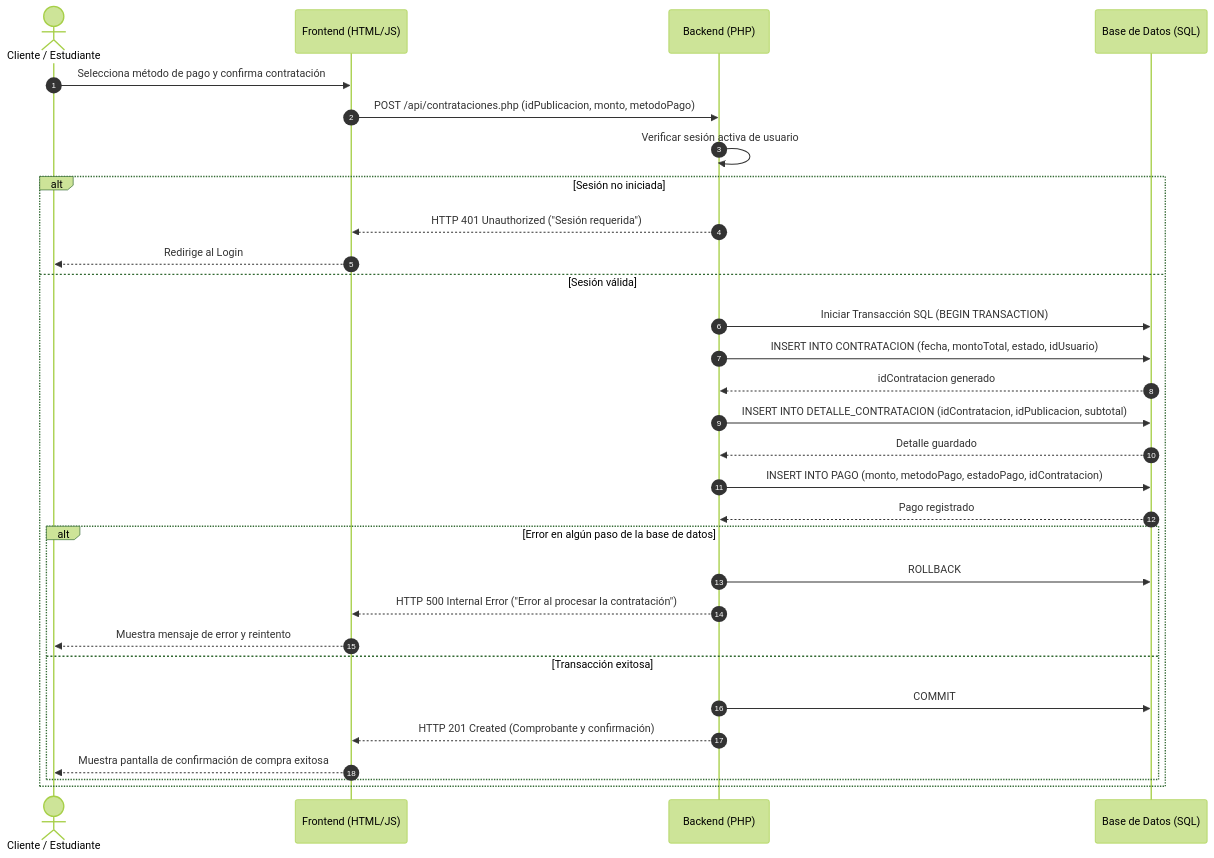
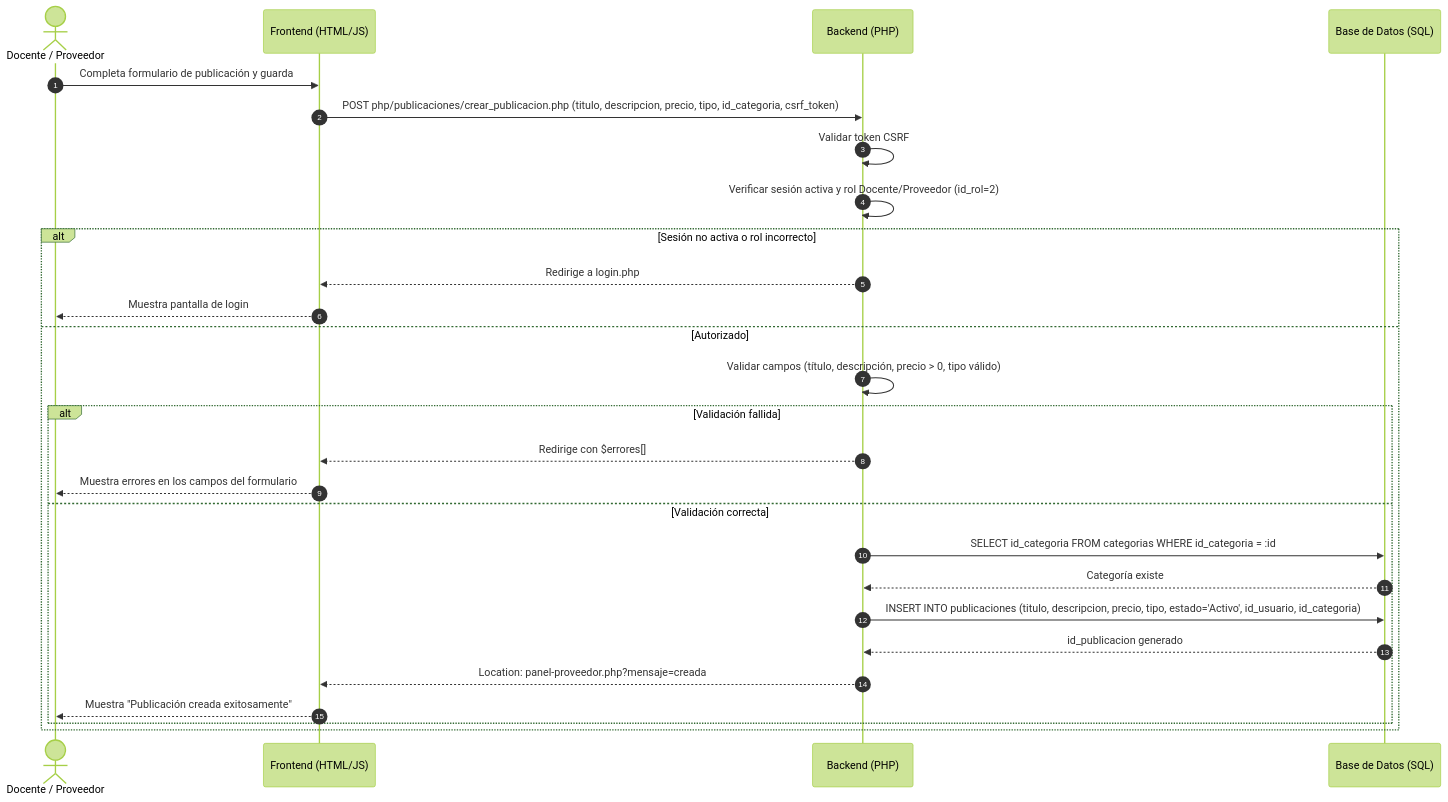
The fourth of 7 diagrams in docs/diagramas_de_secuencia_classia.md (Matiuz06/Proyecto_TIS_Classia), drawn with Mermaid (forest theme) before and after one commit. The commit also changed other lines of this file and 8 other files, not shown here.

````diff
--- a/docs/diagramas_de_secuencia_classia.md
+++ b/docs/diagramas_de_secuencia_classia.md
@@ -113,38 +139,34 @@
 ```mermaid
 sequenceDiagram
     autonumber
-    actor cliente as Cliente / Estudiante
+    actor docente as Docente / Proveedor
     participant frontend as Frontend (HTML/JS)
     participant backend as Backend (PHP)
     participant db as Base de Datos (SQL)
 
-    cliente ->> frontend: Selecciona método de pago y confirma contratación
-    frontend ->> backend: POST /api/contrataciones.php (idPublicacion, monto, metodoPago)
+    docente ->> frontend: Completa formulario de publicación y guarda
+    frontend ->> backend: POST php/publicaciones/crear_publicacion.php (titulo, descripcion, precio, tipo, id_categoria, csrf_token)
     
-    backend ->> backend: Verificar sesión activa de usuario
+    backend ->> backend: Validar token CSRF
+    backend ->> backend: Verificar sesión activa y rol Docente/Proveedor (id_rol=2)
     
-    alt Sesión no iniciada
-        backend -->> frontend: HTTP 401 Unauthorized ("Sesión requerida")
-        frontend -->> cliente: Redirige al Login
-    else Sesión válida
-        backend ->> db: Iniciar Transacción SQL (BEGIN TRANSACTION)
-        backend ->> db: INSERT INTO CONTRATACION (fecha, montoTotal, estado, idUsuario)
-        db -->> backend: idContratacion generado
+    alt Sesión no activa o rol incorrecto
+        backend -->> frontend: Redirige a login.php
+        frontend -->> docente: Muestra pantalla de login
+    else Autorizado
+        backend ->> backend: Validar campos (título, descripción, precio > 0, tipo válido)
         
-        backend ->> db: INSERT INTO DETALLE_CONTRATACION (idContratacion, idPublicacion, subtotal)
-        db -->> backend: Detalle guardado
-        
-        backend ->> db: INSERT INTO PAGO (monto, metodoPago, estadoPago, idContratacion)
-        db -->> backend: Pago registrado
-        
-        alt Error en algún paso de la base de datos
-            backend ->> db: ROLLBACK
-            backend -->> frontend: HTTP 500 Internal Error ("Error al procesar la contratación")
-            frontend -->> cliente: Muestra mensaje de error y reintento
-        else Transacción exitosa
-            backend ->> db: COMMIT
-            backend -->> frontend: HTTP 201 Created (Comprobante y confirmación)
-            frontend -->> cliente: Muestra pantalla de confirmación de compra exitosa
+        alt Validación fallida
+            backend -->> frontend: Redirige con $errores[]
+            frontend -->> docente: Muestra errores en los campos del formulario
+        else Validación correcta
+            backend ->> db: SELECT id_categoria FROM categorias WHERE id_categoria = :id
+            db -->> backend: Categoría existe
+            
+            backend ->> db: INSERT INTO publicaciones (titulo, descripcion, precio, tipo, estado='Activo', id_usuario, id_categoria)
+            db -->> backend: id_publicacion generado
+            backend -->> frontend: Location: panel-proveedor.php?mensaje=creada
+            frontend -->> docente: Muestra "Publicación creada exitosamente"
         end
     end
 ```
````
